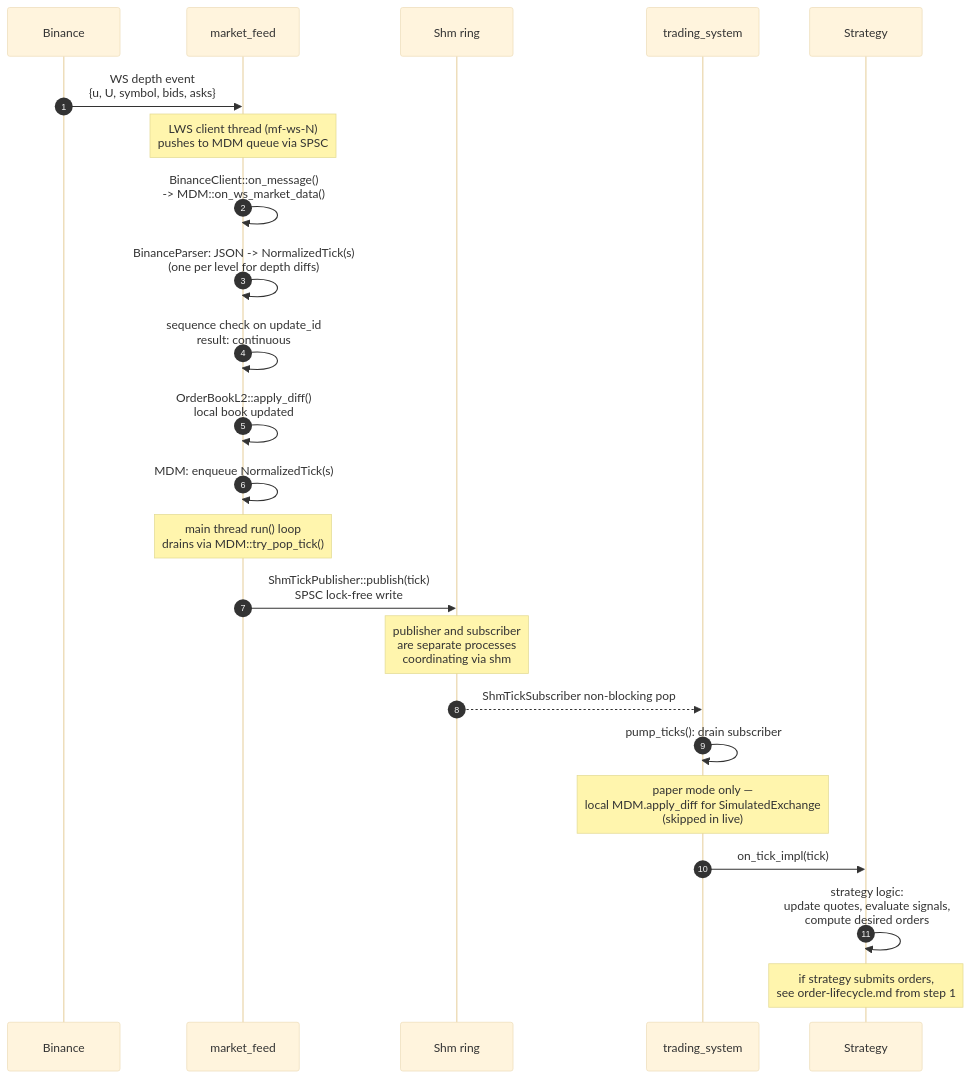
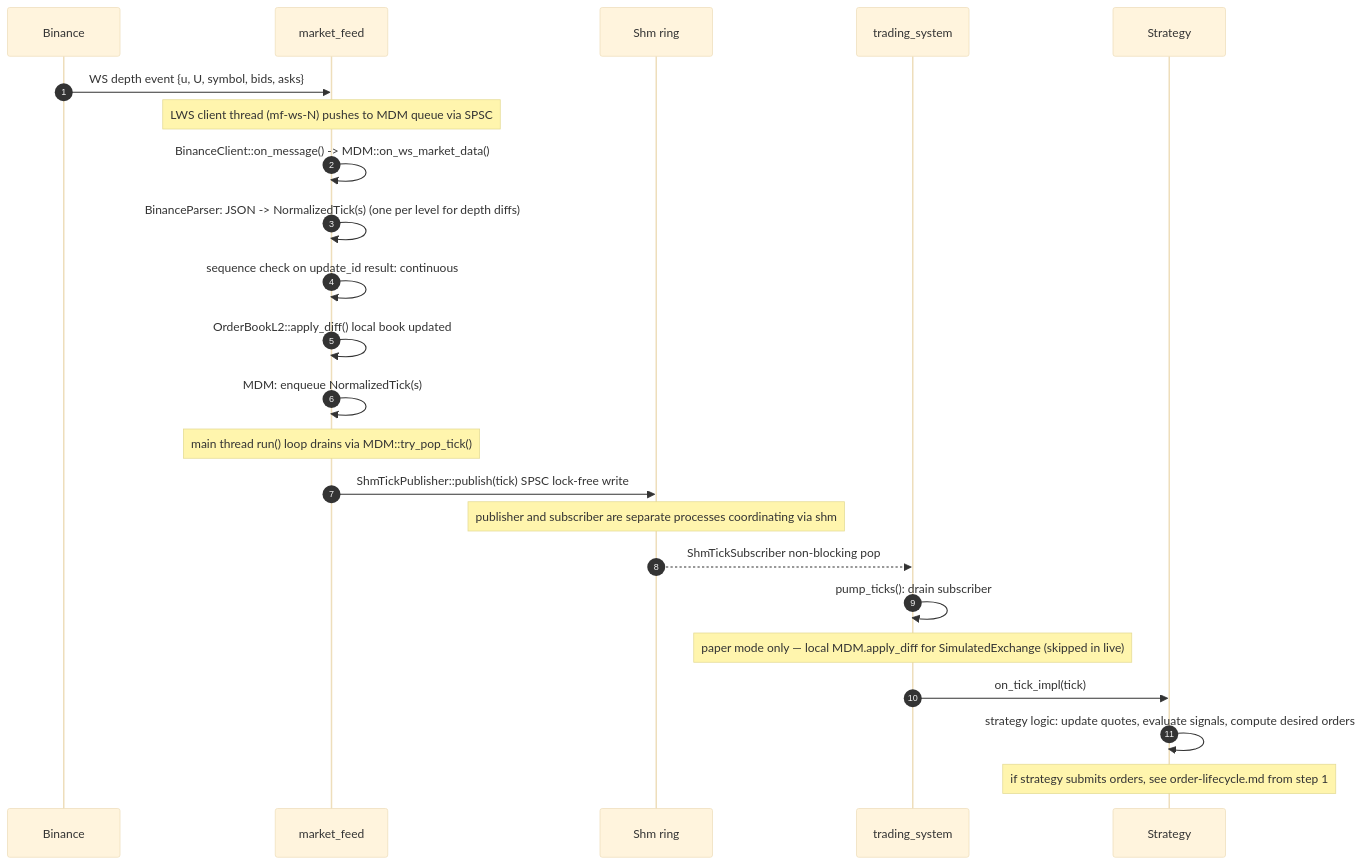
One commit to sardis-trading/trading-architecture changed the diagram in 03-flows/tick-flow.md. Above: the diagram before and after it, drawn with Mermaid (base theme). The commit also changed 5 other files, not shown here.

````diff
--- a/03-flows/tick-flow.md
+++ b/03-flows/tick-flow.md
@@ -7,28 +7,28 @@
 ```mermaid
 sequenceDiagram
     autonumber
     participant Bin as Binance
     participant MF as market_feed
     participant Shm as Shm ring
     participant TE as trading_system
     participant S as Strategy
 
-    Bin->>MF: WS depth event<br/>{u, U, symbol, bids, asks}
-    Note over MF: LWS client thread (mf-ws-N)<br/>pushes to MDM queue via SPSC
-    MF->>MF: BinanceClient::on_message()<br/>-> MDM::on_ws_market_data()
-    MF->>MF: BinanceParser: JSON -> NormalizedTick(s)<br/>(one per level for depth diffs)
-    MF->>MF: sequence check on update_id<br/>result: continuous
-    MF->>MF: OrderBookL2::apply_diff()<br/>local book updated
+    Bin->>MF: WS depth event {u, U, symbol, bids, asks}
+    Note over MF: LWS client thread (mf-ws-N) pushes to MDM queue via SPSC
+    MF->>MF: BinanceClient::on_message() -> MDM::on_ws_market_data()
+    MF->>MF: BinanceParser: JSON -> NormalizedTick(s) (one per level for depth diffs)
+    MF->>MF: sequence check on update_id result: continuous
+    MF->>MF: OrderBookL2::apply_diff() local book updated
     MF->>MF: MDM: enqueue NormalizedTick(s)
-    Note over MF: main thread run() loop<br/>drains via MDM::try_pop_tick()
-    MF->>Shm: ShmTickPublisher::publish(tick)<br/>SPSC lock-free write
+    Note over MF: main thread run() loop drains via MDM::try_pop_tick()
+    MF->>Shm: ShmTickPublisher::publish(tick) SPSC lock-free write
 
-    Note over Shm: publisher and subscriber<br/>are separate processes<br/>coordinating via shm
+    Note over Shm: publisher and subscriber are separate processes coordinating via shm
 
     Shm-->>TE: ShmTickSubscriber non-blocking pop
     TE->>TE: pump_ticks(): drain subscriber
-    Note over TE: paper mode only —<br/>local MDM.apply_diff for SimulatedExchange<br/>(skipped in live)
+    Note over TE: paper mode only — local MDM.apply_diff for SimulatedExchange (skipped in live)
     TE->>S: on_tick_impl(tick)
-    S->>S: strategy logic:<br/>update quotes, evaluate signals,<br/>compute desired orders
-    Note over S: if strategy submits orders,<br/>see order-lifecycle.md from step 1
+    S->>S: strategy logic: update quotes, evaluate signals, compute desired orders
+    Note over S: if strategy submits orders, see order-lifecycle.md from step 1
 ```
````
